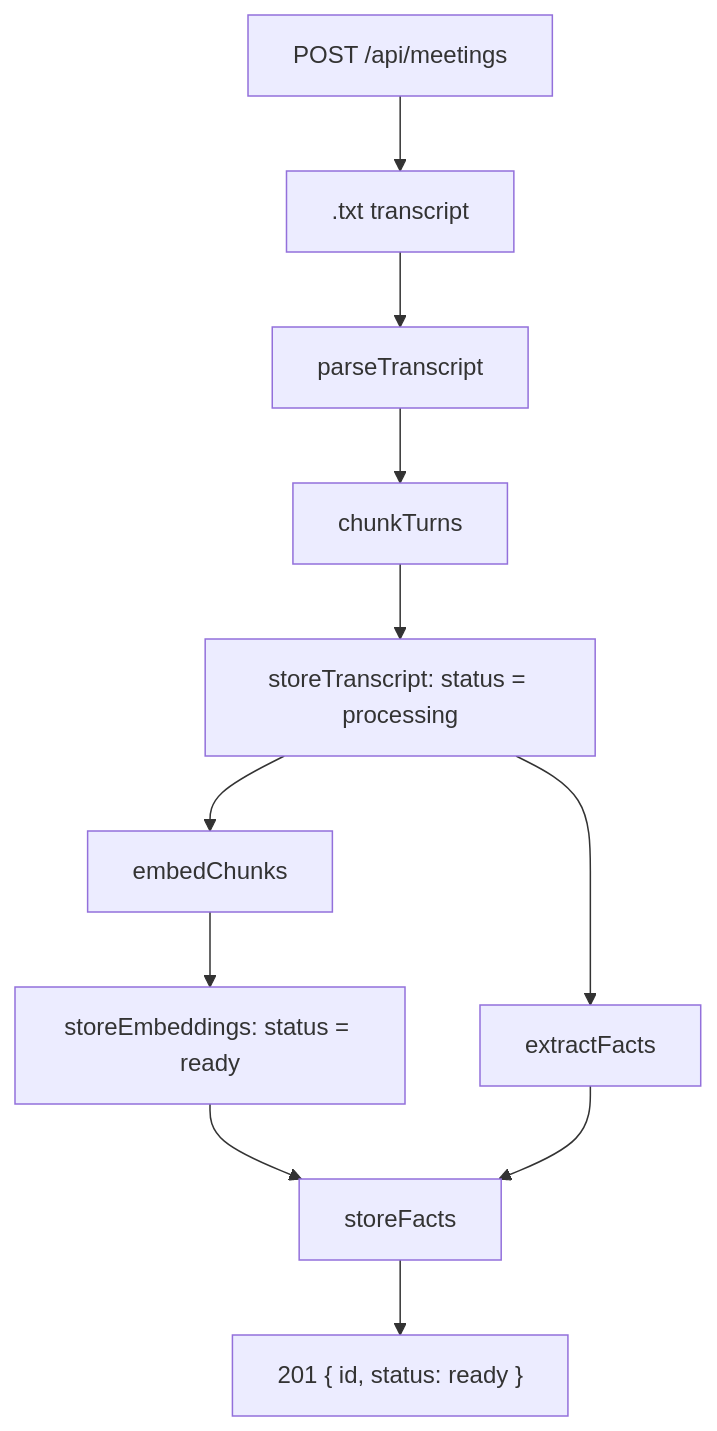
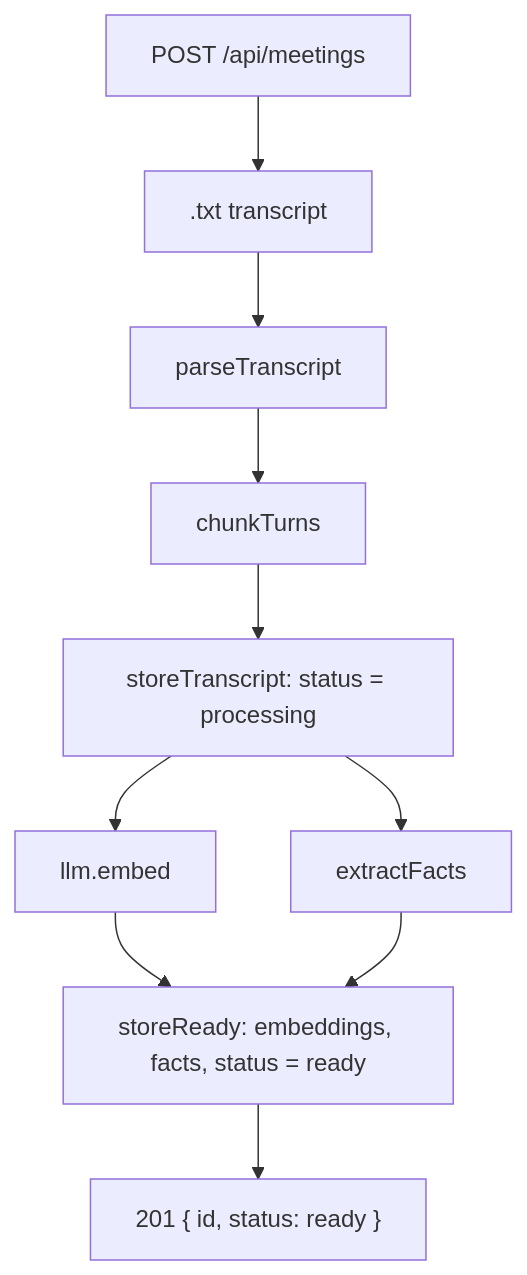
Before and after one commit to adamrefaey/meeting-intelligence: the first of 6 diagrams in docs/flows/ingestion.md, drawn with Mermaid. The commit also changed other lines of this file and 1 other file, not shown here.

Commit message:
refactor: update ingestion flow and embedding logic
Revise the ingestion process to streamline the embedding and fact extraction steps. Rename embedding functions for clarity and consolidate the storage of embeddings and facts into a single transaction. Update related documentation to reflect changes in the flowchart and improve overall readability. Remove unused functions and enhance error handling during the embedding process.

````diff
--- a/docs/flows/ingestion.md
+++ b/docs/flows/ingestion.md
@@ -9,20 +9,19 @@
 ```mermaid
 flowchart TD
   post["POST /api/meetings"]
   upload[".txt transcript"]
   parse["parseTranscript"]
   chunk["chunkTurns"]
   storeTx["storeTranscript: status = processing"]
-  embed["embedChunks"]
+  embed["llm.embed"]
   extract["extractFacts"]
-  storeEmb["storeEmbeddings: status = ready"]
-  storeFacts["storeFacts"]
+  storeReady["storeReady: embeddings, facts, status = ready"]
   created["201 { id, status: ready }"]
 
   post --> upload --> parse --> chunk --> storeTx
   storeTx --> embed
   storeTx --> extract
-  embed --> storeEmb --> storeFacts
-  extract --> storeFacts
-  storeFacts --> created
+  embed --> storeReady
+  extract --> storeReady
+  storeReady --> created
 ```
````
